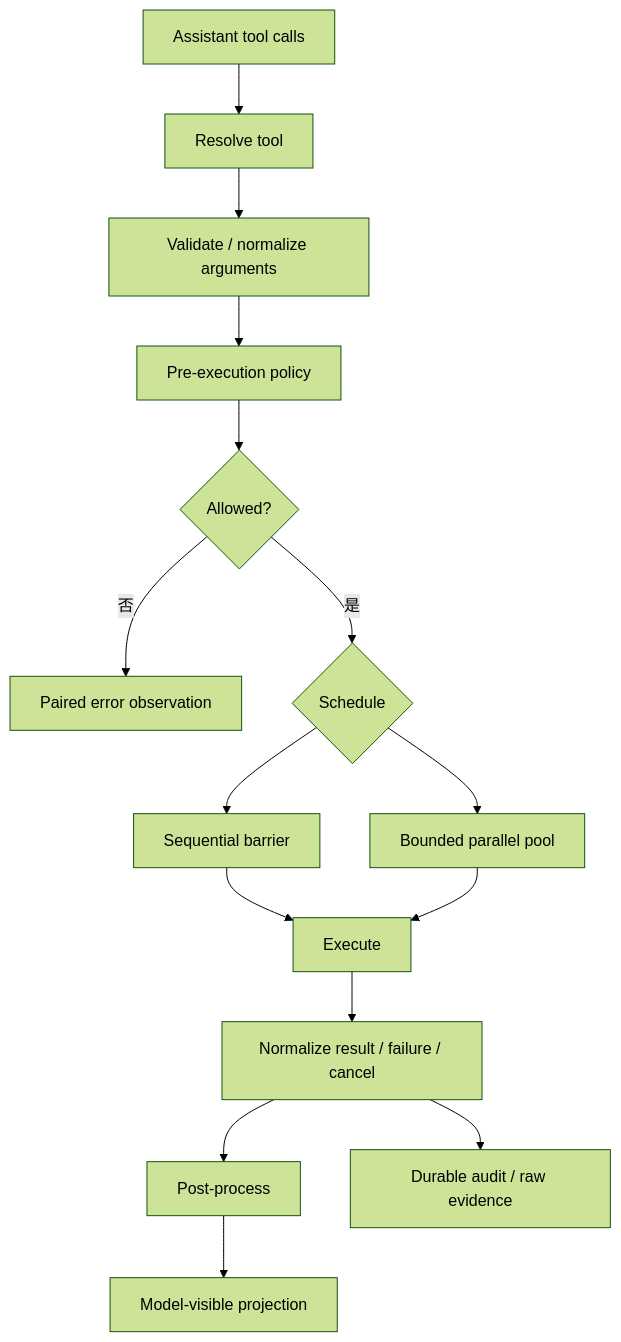
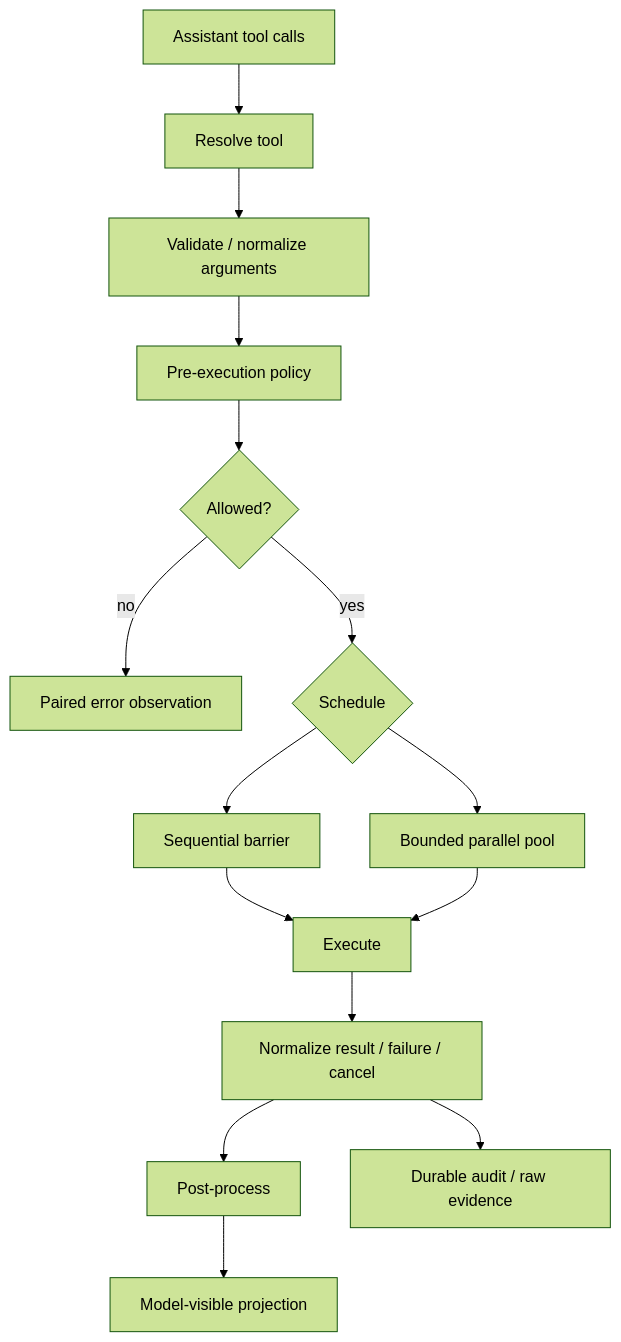
Before and after one commit to xiaoslin9153/awesome-agent-harness-tutorial: the first of 2 diagrams in tutorial/zh-CN/04-comparisons/tools.md, drawn with Mermaid (forest theme). The commit also changed other lines of this file and 3 other files, not shown here.

````diff
--- a/tutorial/zh-CN/04-comparisons/tools.md
+++ b/tutorial/zh-CN/04-comparisons/tools.md
@@ -35,17 +51,17 @@
 ```mermaid
 flowchart TD
   A[Assistant tool calls] --> B[Resolve tool]
   B --> C[Validate / normalize arguments]
   C --> D[Pre-execution policy]
   D --> E{Allowed?}
-  E -- 否 --> F[Paired error observation]
-  E -- 是 --> G{Schedule}
+  E -- no --> F[Paired error observation]
+  E -- yes --> G{Schedule}
   G --> H[Sequential barrier]
   G --> I[Bounded parallel pool]
   H --> J[Execute]
   I --> J
   J --> K[Normalize result / failure / cancel]
   K --> L[Post-process]
   L --> M[Model-visible projection]
   K --> N[Durable audit / raw evidence]
 ```
````
